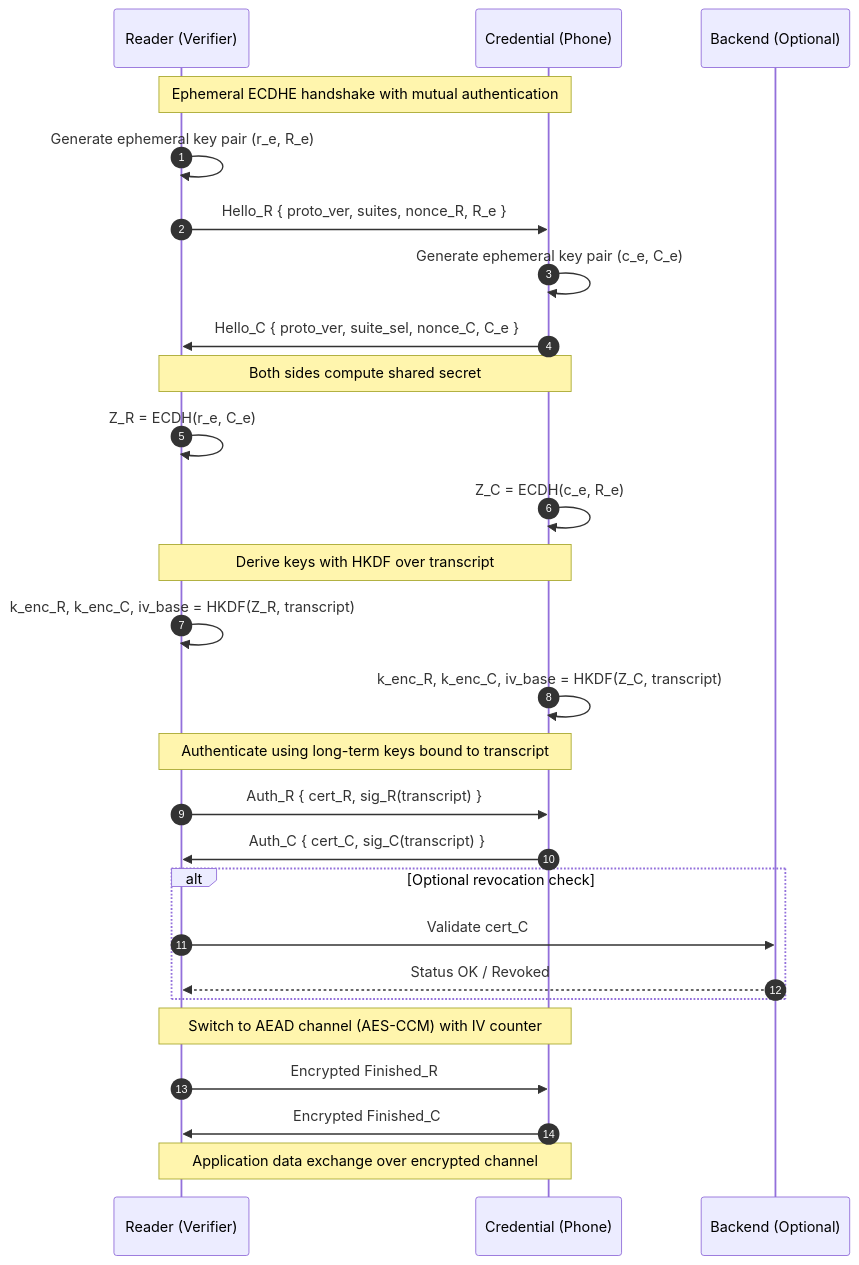
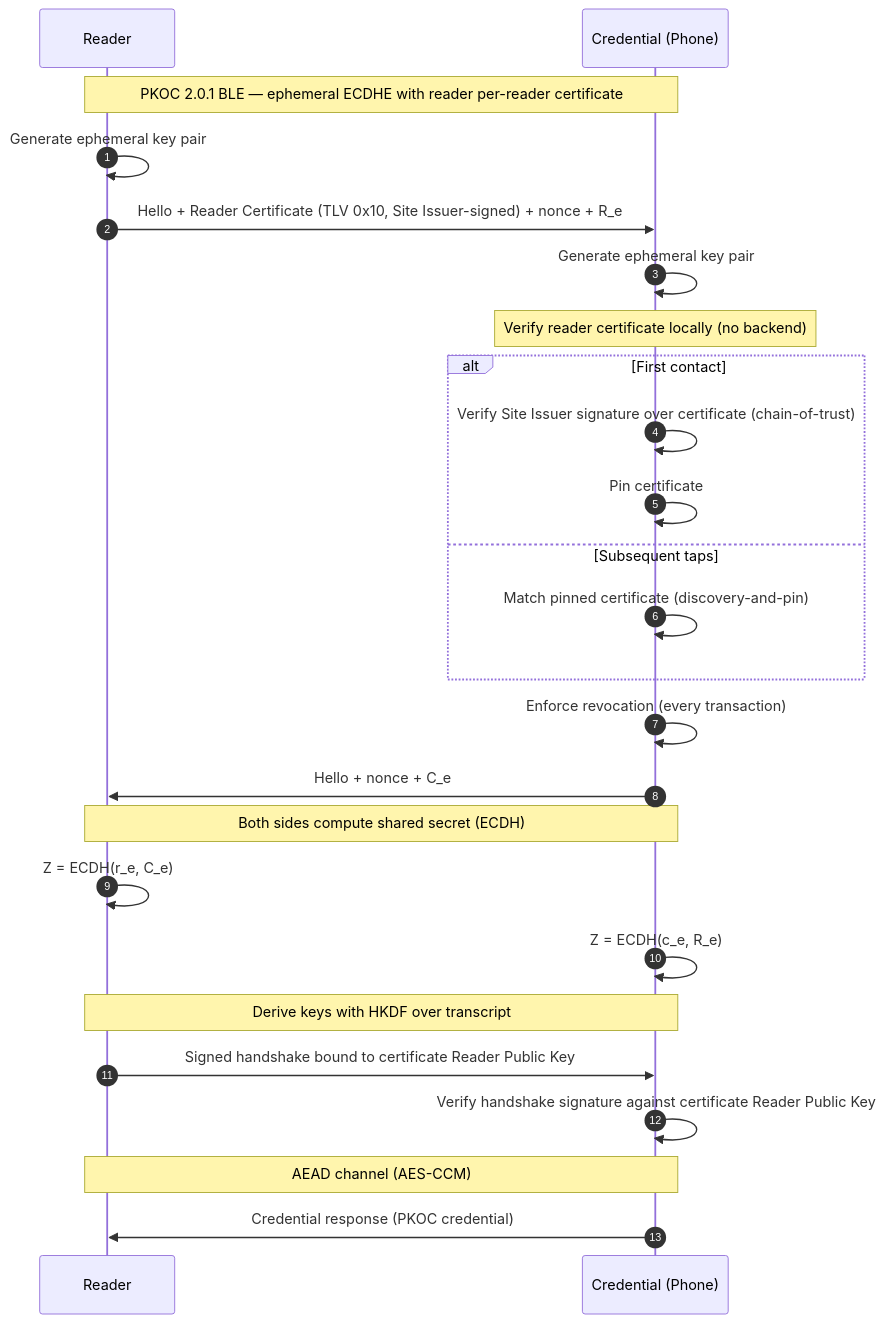
Before and after one commit to psialliance-org/com-psia-pkoc: the second of 3 diagrams in README.md, drawn with Mermaid. The commit also changed other lines of this file, not shown here.

Commit message:
Update README for BLE and NFC SE V2 flows

````diff
--- a/README.md
+++ b/README.md
@@ -132,37 +132,33 @@
 ```mermaid
 sequenceDiagram
     autonumber
-    participant R as Reader (Verifier)
+    participant R as Reader
     participant C as Credential (Phone)
-    participant B as Backend (Optional)
 
-    Note over R,C: Ephemeral ECDHE handshake with mutual authentication
+    Note over R,C: PKOC 2.0.1 BLE — ephemeral ECDHE with reader per-reader certificate
 
-    R->>R: Generate ephemeral key pair (r_e, R_e)
-    R->>C: Hello_R { proto_ver, suites, nonce_R, R_e }
-    C->>C: Generate ephemeral key pair (c_e, C_e)
-    C->>R: Hello_C { proto_ver, suite_sel, nonce_C, C_e }
+    R->>R: Generate ephemeral key pair
+    R->>C: Hello + Reader Certificate (TLV 0x10, Site Issuer-signed) + nonce + R_e
+    C->>C: Generate ephemeral key pair
 
-    Note over R,C: Both sides compute shared secret
-    R->>R: Z_R = ECDH(r_e, C_e)
-    C->>C: Z_C = ECDH(c_e, R_e)
+    Note over C: Verify reader certificate locally (no backend)
+    alt First contact
+        C->>C: Verify Site Issuer signature over certificate (chain-of-trust)
+        C->>C: Pin certificate
+    else Subsequent taps
+        C->>C: Match pinned certificate (discovery-and-pin)
+    end
+    C->>C: Enforce revocation (every transaction)
+    C->>R: Hello + nonce + C_e
+
+    Note over R,C: Both sides compute shared secret (ECDH)
+    R->>R: Z = ECDH(r_e, C_e)
+    C->>C: Z = ECDH(c_e, R_e)
 
     Note over R,C: Derive keys with HKDF over transcript
-    R->>R: k_enc_R, k_enc_C, iv_base = HKDF(Z_R, transcript)
-    C->>C: k_enc_R, k_enc_C, iv_base = HKDF(Z_C, transcript)
+    R->>C: Signed handshake bound to certificate Reader Public Key
+    C->>C: Verify handshake signature against certificate Reader Public Key
 
-    Note over R,C: Authenticate using long-term keys bound to transcript
-    R->>C: Auth_R { cert_R, sig_R(transcript) }
-    C->>R: Auth_C { cert_C, sig_C(transcript) }
-
-    alt Optional revocation check
-        R->>B: Validate cert_C
-        B-->>R: Status OK / Revoked
-    end
-
-    Note over R,C: Switch to AEAD channel (AES-CCM) with IV counter
-    R->>C: Encrypted Finished_R
-    C->>R: Encrypted Finished_C
-
-    Note over R,C: Application data exchange over encrypted channel
+    Note over R,C: AEAD channel (AES-CCM)
+    C->>R: Credential response (PKOC credential)
 ```
````
